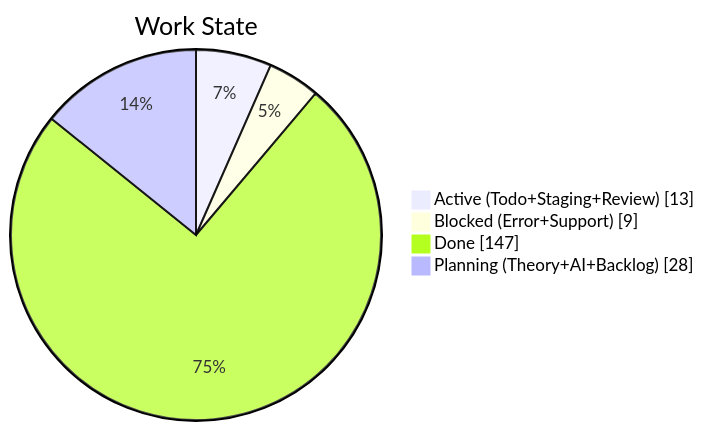
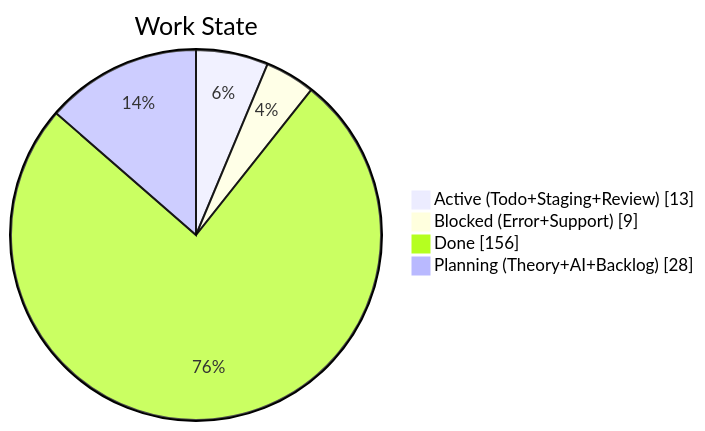
One commit to KBVE/kbve changed the second of 4 diagrams in apps/kbve/astro-kbve/src/content/docs/dashboard/kanban-data.mdx. Above: the diagram before and after it, drawn with Mermaid. The commit also changed other lines of this file and 8 other files, not shown here.

````diff
--- a/apps/kbve/astro-kbve/src/content/docs/dashboard/kanban-data.mdx
+++ b/apps/kbve/astro-kbve/src/content/docs/dashboard/kanban-data.mdx
@@ -68,8 +67,8 @@
 ```mermaid
 pie showData
     title Work State
     "Active (Todo+Staging+Review)" : 13
     "Blocked (Error+Support)" : 9
-    "Done" : 147
+    "Done" : 156
     "Planning (Theory+AI+Backlog)" : 28
 ```
````
